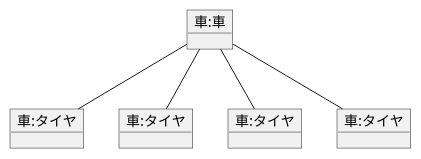
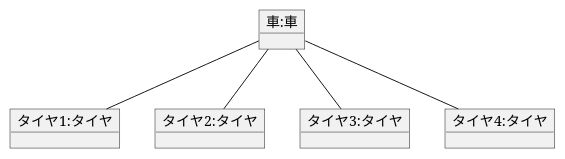
Before and after one commit to Raiki215/uml-introduction: the diagram in 演習3-4_オブジェクト図.pu, drawn with PlantUML.

Commit message:
演習3-4オブジェクト図修正

```diff
--- a/演習3-4_オブジェクト図.pu
+++ b/演習3-4_オブジェクト図.pu
@@ -1,22 +1,22 @@
 @startuml 演習３－４
 object "車:車" as car{
     
 }
-object "車:タイヤ" as タイヤ1{
+object "タイヤ1:タイヤ" as タイヤ1{
     
 }
-object "車:タイヤ" as タイヤ2{
+object "タイヤ2:タイヤ" as タイヤ2{
     
 }
-object "車:タイヤ" as タイヤ3{
+object "タイヤ3:タイヤ" as タイヤ3{
     
 }
-object "車:タイヤ" as タイヤ4{
+object "タイヤ4:タイヤ" as タイヤ4{
     
 }
 car--タイヤ1
 car--タイヤ2
 car--タイヤ3
 car--タイヤ4
 
 @enduml
```
